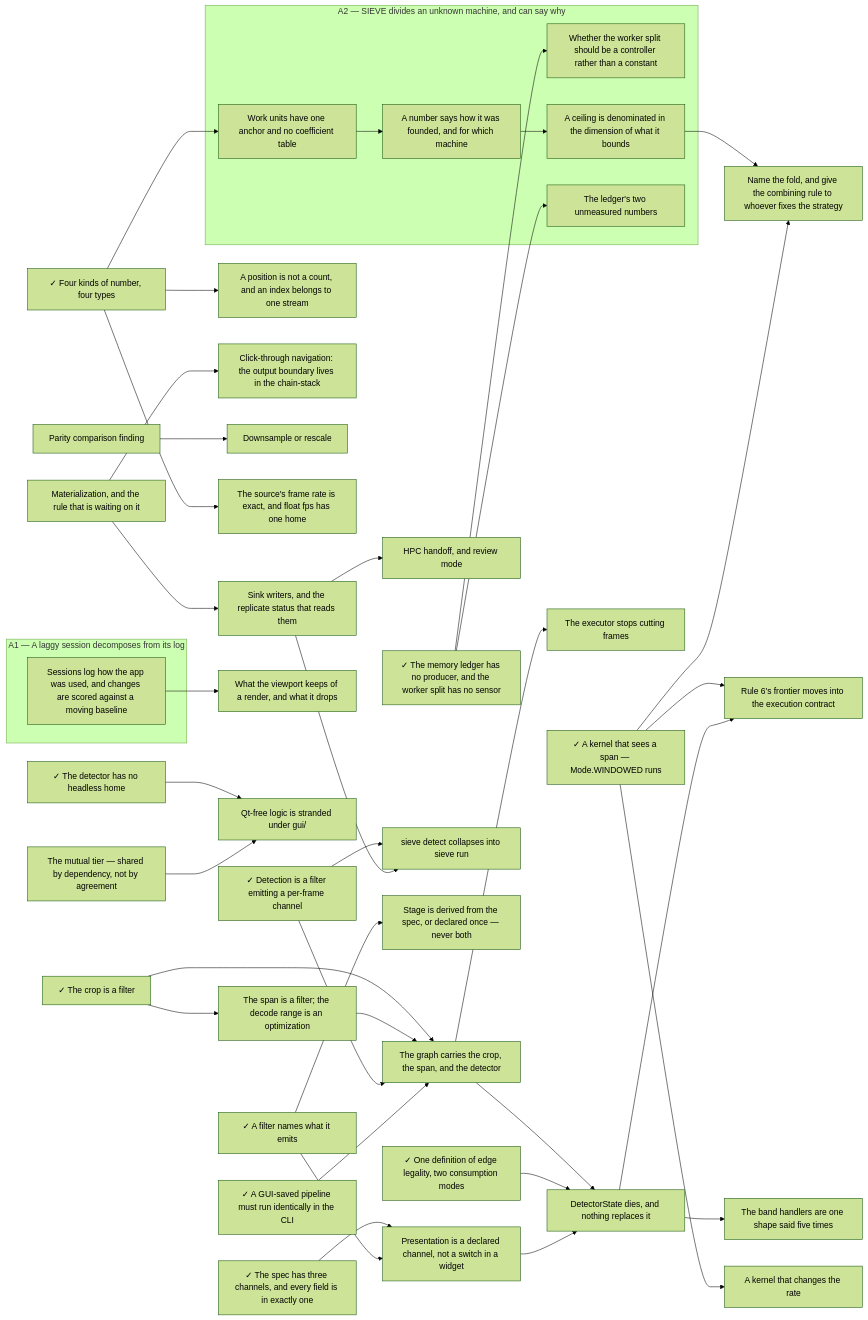
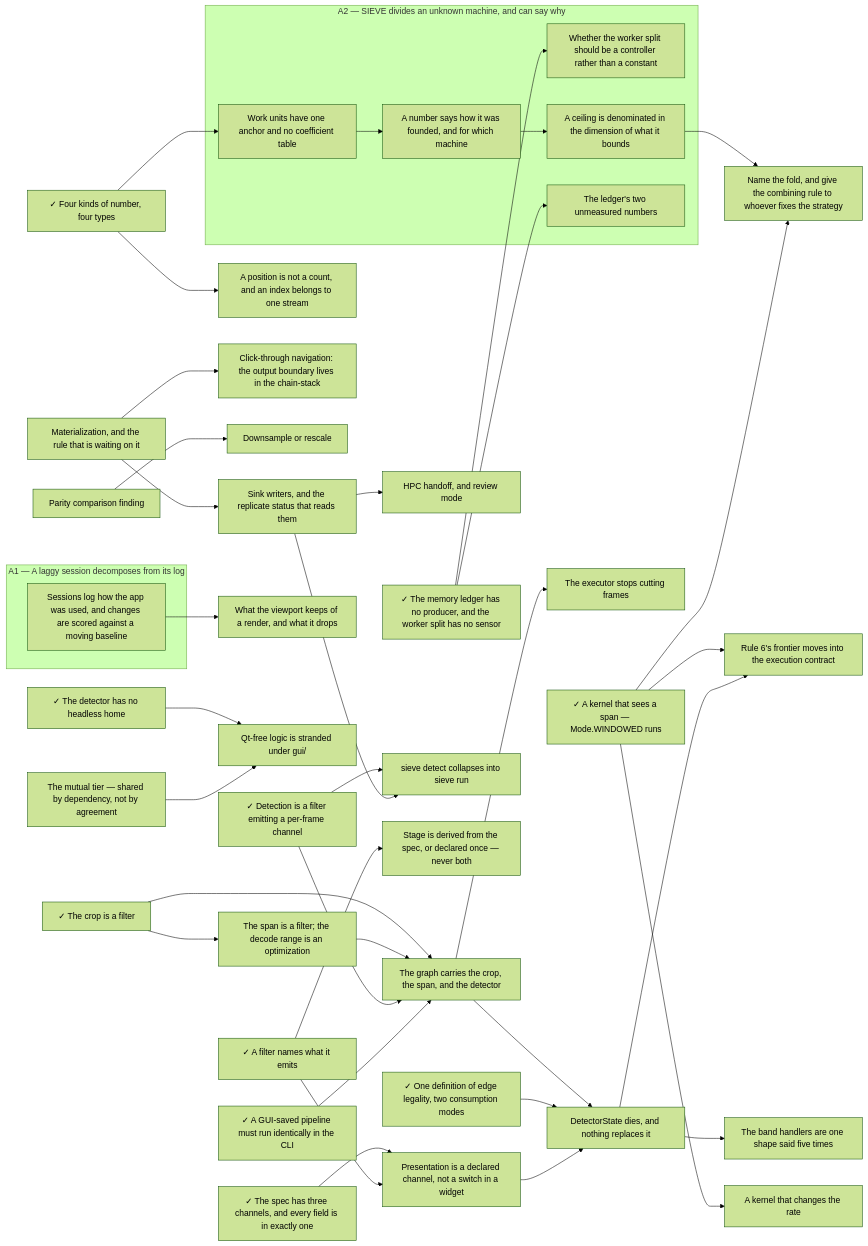
The diagram in docs/.state.md (soulsynapse/antscihub-SIEVE), drawn with Mermaid (forest theme) before and after one commit. The commit also changed other lines of this file and 34 other files, not shown here.

````diff
--- a/docs/.state.md
+++ b/docs/.state.md
@@ -114,79 +112,77 @@
 ```mermaid
 graph LR
   subgraph A1["A1 — A laggy session decomposes from its log"]
       slow_path_surfacing["Sessions log how the app was used, and changes are scored against a moving baseline"]
   end
   subgraph A2["A2 — SIEVE divides an unknown machine, and can say why"]
       a_number_says_how_it_was_founded["A number says how it was founded, and for which machine"]
       adaptive_worker_allocation["Whether the worker split should be a controller rather than a constant"]
       ceilings_in_the_dimension_they_bound["A ceiling is denominated in the dimension of what it bounds"]
       ledger_measurements["The ledger's two unmeasured numbers"]
       work_units_have_one_anchor["Work units have one anchor and no coefficient table"]
   end
     a_filter_names_what_it_emits["✓ A filter names what it emits"]
     a_kernel_that_changes_the_rate["A kernel that changes the rate"]
     a_kernel_that_sees_a_span["✓ A kernel that sees a span — Mode.WINDOWED runs"]
     a_position_is_not_a_count["A position is not a count, and an index belongs to one stream"]
     click_through_navigation["Click-through navigation: the output boundary lives in the chain-stack"]
     detection_is_a_filter["✓ Detection is a filter emitting a per-frame channel"]
     detector_state_dies["DetectorState dies, and nothing replaces it"]
     downsample_or_rescale["Downsample or rescale"]
-    exact_source_frame_rate["The source's frame rate is exact, and float fps has one home"]
     four_numbers_four_types["✓ Four kinds of number, four types"]
     gui_cli_execution_parity["✓ A GUI-saved pipeline must run identically in the CLI"]
     headless_detection["✓ The detector has no headless home"]
     hpc_handoff_and_review_mode["HPC handoff, and review mode"]
     ledger_producers["✓ The memory ledger has no producer, and the worker split has no sensor"]
     materialization["Materialization, and the rule that is waiting on it"]
     name_the_fold["Name the fold, and give the combining rule to whoever fixes the strategy"]
     one_definition_of_edge_legality["✓ One definition of edge legality, two consumption modes"]
     parity_comparison_finding["Parity comparison finding"]
     presentation_is_a_channel_not_a_switch["Presentation is a declared channel, not a switch in a widget"]
     proxy_retention_policy["What the viewport keeps of a render, and what it drops"]
     qt_free_logic_under_gui["Qt-free logic is stranded under gui/"]
     rule_sixs_frontier_moves_into_the_contract["Rule 6's frontier moves into the execution contract"]
     sieve_detect_collapses_into_sieve_run["sieve detect collapses into sieve run"]
     sink_writers["Sink writers, and the replicate status that reads them"]
     stage_is_derived_or_declared_once["Stage is derived from the spec, or declared once — never both"]
     the_band_handlers_are_one_shape_said_five_times["The band handlers are one shape said five times"]
     the_crop_is_a_filter["✓ The crop is a filter"]
     the_executor_stops_cutting_frames["The executor stops cutting frames"]
     the_graph_carries_the_crop_the_span_and_the_detector["The graph carries the crop, the span, and the detector"]
     the_mutual_tier["The mutual tier — shared by dependency, not by agreement"]
     the_span_is_a_filter["The span is a filter; the decode range is an optimization"]
     the_spec_has_three_channels["✓ The spec has three channels, and every field is in exactly one"]
     a_kernel_that_sees_a_span --> a_kernel_that_changes_the_rate
     work_units_have_one_anchor --> a_number_says_how_it_was_founded
     four_numbers_four_types --> a_position_is_not_a_count
     ledger_producers --> adaptive_worker_allocation
     a_number_says_how_it_was_founded --> ceilings_in_the_dimension_they_bound
     materialization --> click_through_navigation
     the_graph_carries_the_crop_the_span_and_the_detector --> detector_state_dies
     one_definition_of_edge_legality --> detector_state_dies
     presentation_is_a_channel_not_a_switch --> detector_state_dies
     parity_comparison_finding --> downsample_or_rescale
-    four_numbers_four_types --> exact_source_frame_rate
     sink_writers --> hpc_handoff_and_review_mode
     ledger_producers --> ledger_measurements
     ceilings_in_the_dimension_they_bound --> name_the_fold
     a_kernel_that_sees_a_span --> name_the_fold
     the_spec_has_three_channels --> presentation_is_a_channel_not_a_switch
     a_filter_names_what_it_emits --> presentation_is_a_channel_not_a_switch
     slow_path_surfacing --> proxy_retention_policy
     headless_detection --> qt_free_logic_under_gui
     the_mutual_tier --> qt_free_logic_under_gui
     a_kernel_that_sees_a_span --> rule_sixs_frontier_moves_into_the_contract
     detector_state_dies --> rule_sixs_frontier_moves_into_the_contract
     detection_is_a_filter --> sieve_detect_collapses_into_sieve_run
     sink_writers --> sieve_detect_collapses_into_sieve_run
     materialization --> sink_writers
     a_filter_names_what_it_emits --> stage_is_derived_or_declared_once
     detector_state_dies --> the_band_handlers_are_one_shape_said_five_times
     the_graph_carries_the_crop_the_span_and_the_detector --> the_executor_stops_cutting_frames
     the_crop_is_a_filter --> the_graph_carries_the_crop_the_span_and_the_detector
     the_span_is_a_filter --> the_graph_carries_the_crop_the_span_and_the_detector
     detection_is_a_filter --> the_graph_carries_the_crop_the_span_and_the_detector
     gui_cli_execution_parity --> the_graph_carries_the_crop_the_span_and_the_detector
     the_crop_is_a_filter --> the_span_is_a_filter
     four_numbers_four_types --> work_units_have_one_anchor
 ```
````
